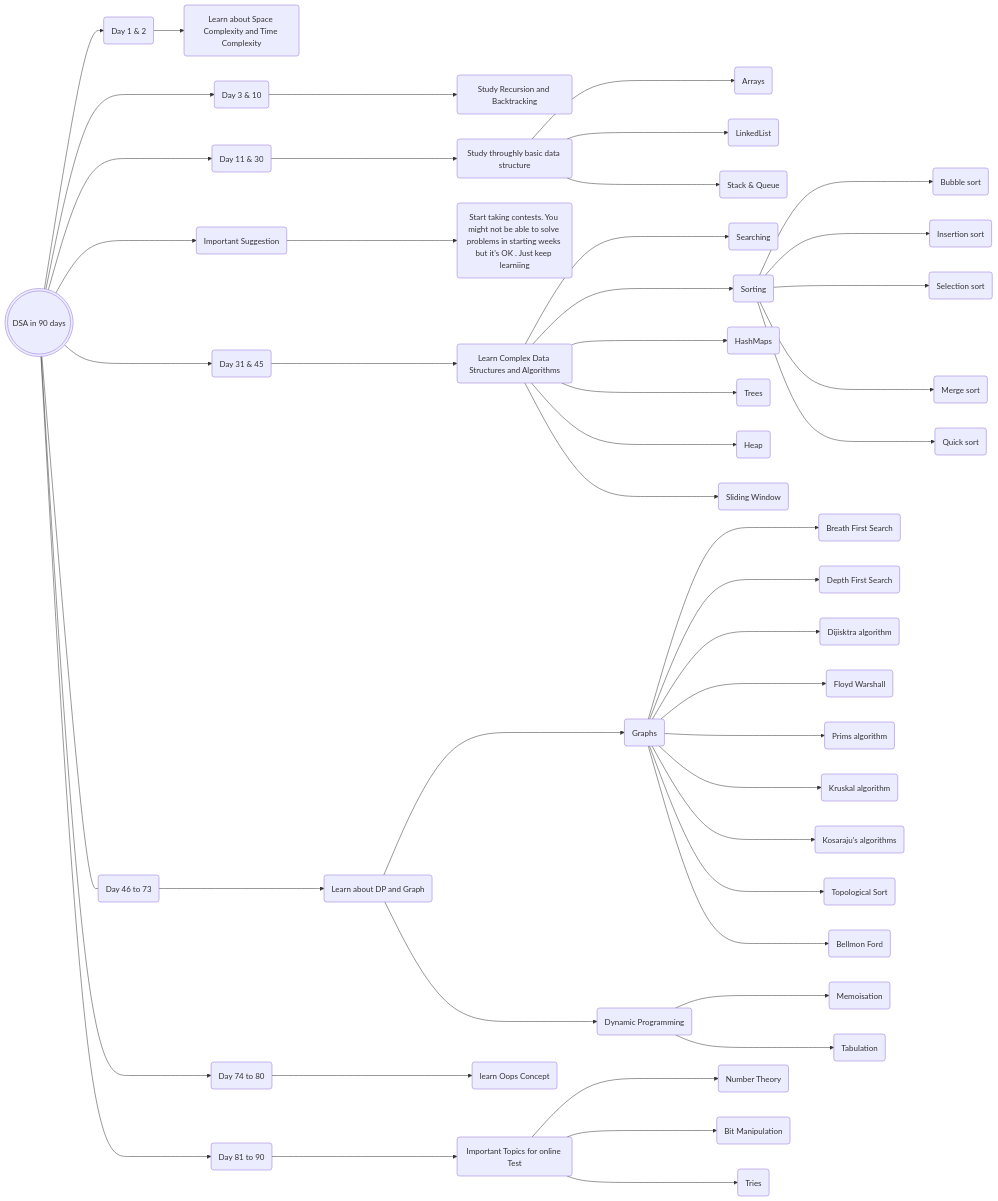
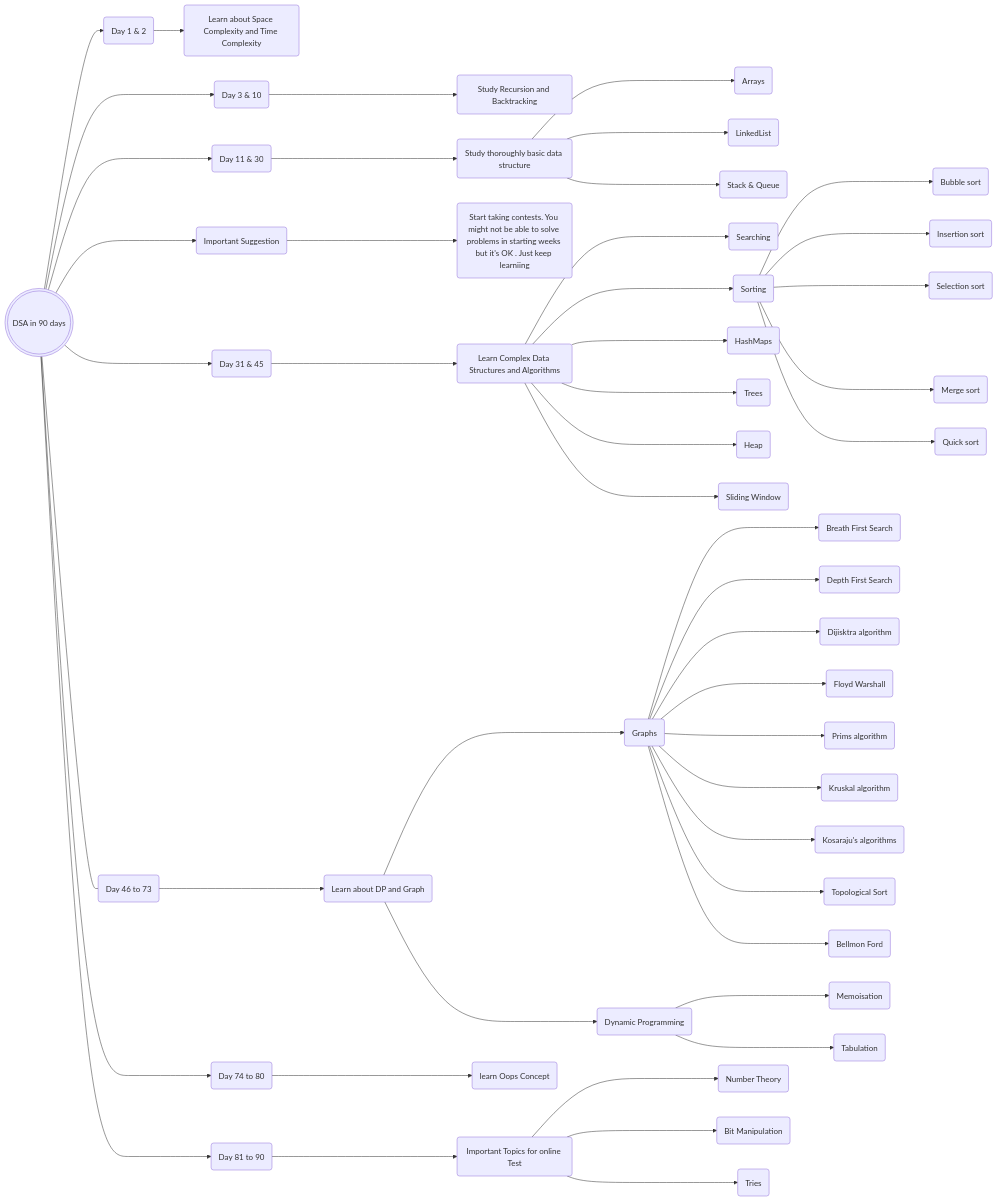
One commit to askbuddie/margdarsak changed the diagram in DSA-RoadMap-90-Days/README.md. Above: the diagram before and after it, drawn with Mermaid. The commit also changed other lines of this file, not shown here.

````diff
--- a/DSA-RoadMap-90-Days/README.md
+++ b/DSA-RoadMap-90-Days/README.md
@@ -8,60 +9,60 @@
 ```mermaid
 flowchart LR
     A(((DSA in 90 days))) --> B(Day 1 & 2)
     B --> BA(Learn about Space Complexity and Time Complexity)
-    
+
     A ---> C(Day 3 & 10)
     C ---> CA(Study Recursion and Backtracking)
-    
+
     A ---> D(Day 11 & 30)
-    D ---> DA(Study throughly basic data structure)
+    D ---> DA(Study thoroughly basic data structure)
     DA ---> DAA(Arrays)
     DA ---> DAB(LinkedList)
     DA ---> DAC(Stack & Queue)
-    
+
     A ---> E(Important Suggestion)
     E ---> EA(Start taking contests. You might not be able to solve problems in starting weeks but it's OK . Just keep learniing)
-    
-    
+
+
     A ---> F(Day 31 & 45)
     F ---> FA(Learn Complex Data Structures and Algorithms)
     FA ---> FAA(Searching)
     FA ---> FAB(Sorting)
     FAB ---> FABA(Bubble sort)
     FAB ---> FABB(Insertion sort)
     FAB ---> FABC(Selection sort)
     FAB ---> FABD(Merge sort)
     FAB ---> FABE(Quick sort)
     FA ---> FAC(HashMaps)
     FA ---> FAD(Trees)
     FA ---> FAE(Heap)
     FA ---> FAF(Sliding Window)
-    
+
     A --- G(Day 46 to 73)
     G ---> GA(Learn about DP and Graph)
     GA ---> GAA(Graphs)
     GAA ---> GAAA(Breath First Search)
     GAA ---> GAAB(Depth First Search)
     GAA ---> GAAC(Dijisktra algorithm)
     GAA ---> GAAD(Floyd Warshall)
     GAA ---> GAAE(Prims algorithm)
     GAA ---> GAAF(Kruskal algorithm)
     GAA ---> GAAG(Kosaraju's algorithms)
     GAA ---> GAAH(Topological Sort)
     GAA ---> GAAI(Bellmon Ford)
     GA ---> GAB(Dynamic Programming)
     GAB ---> GABA(Memoisation)
     GAB ---> GABB(Tabulation)
-    
-    
+
+
     A ---> H(Day 74 to 80)
     H ---> HA(learn Oops Concept)
-    
-    
+
+
     A ---> I(Day 81 to 90)
     I ---> IA(Important Topics for online Test)
     IA ---> IAA(Number Theory)
     IA ---> IAB(Bit Manipulation)
     IA ---> IAC(Tries)
- 
+
 ```
````
